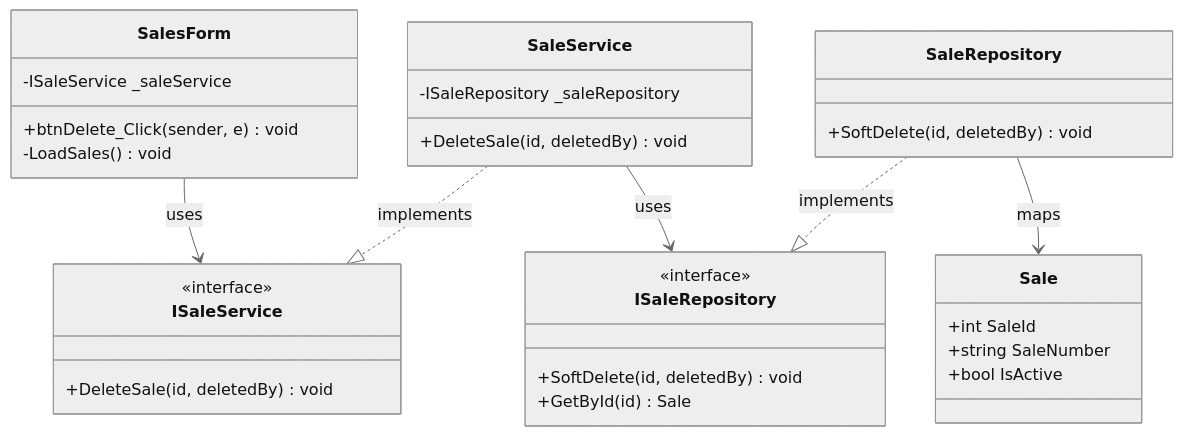
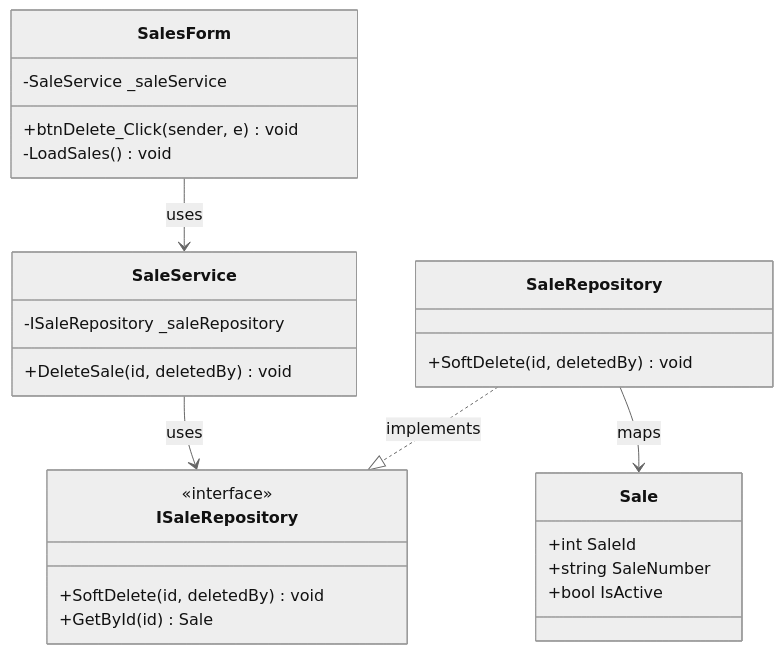
Before and after one commit to nahuk86/tp_diploma_nk_2026: the third of 24 diagrams in Documentation/UML_Diagrams/15_Sales_UseCases.md, drawn with Mermaid (neutral theme). The commit also changed other lines of this file and 5 other files, not shown here.

First line of the commit message:
Fix UML documentation: remove non-existent BLL service interfaces

````diff
--- a/Documentation/UML_Diagrams/15_Sales_UseCases.md
+++ b/Documentation/UML_Diagrams/15_Sales_UseCases.md
@@ -165,40 +149,35 @@
 ```mermaid
 classDiagram
     class SalesForm {
-        -ISaleService _saleService
+        -SaleService _saleService
         +btnDelete_Click(sender, e) void
         -LoadSales() void
     }
 
-    class ISaleService {
-        <<interface>>
-        +DeleteSale(id, deletedBy) void
-    }
 
     class SaleService {
         -ISaleRepository _saleRepository
         +DeleteSale(id, deletedBy) void
     }
 
     class ISaleRepository {
         <<interface>>
         +SoftDelete(id, deletedBy) void
         +GetById(id) Sale
     }
 
     class SaleRepository {
         +SoftDelete(id, deletedBy) void
     }
 
     class Sale {
         +int SaleId
         +string SaleNumber
         +bool IsActive
     }
 
-    SalesForm --> ISaleService : uses
-    SaleService ..|> ISaleService : implements
+    SalesForm --> SaleService : uses
     SaleService --> ISaleRepository : uses
     SaleRepository ..|> ISaleRepository : implements
     SaleRepository --> Sale : maps
 ```
````
